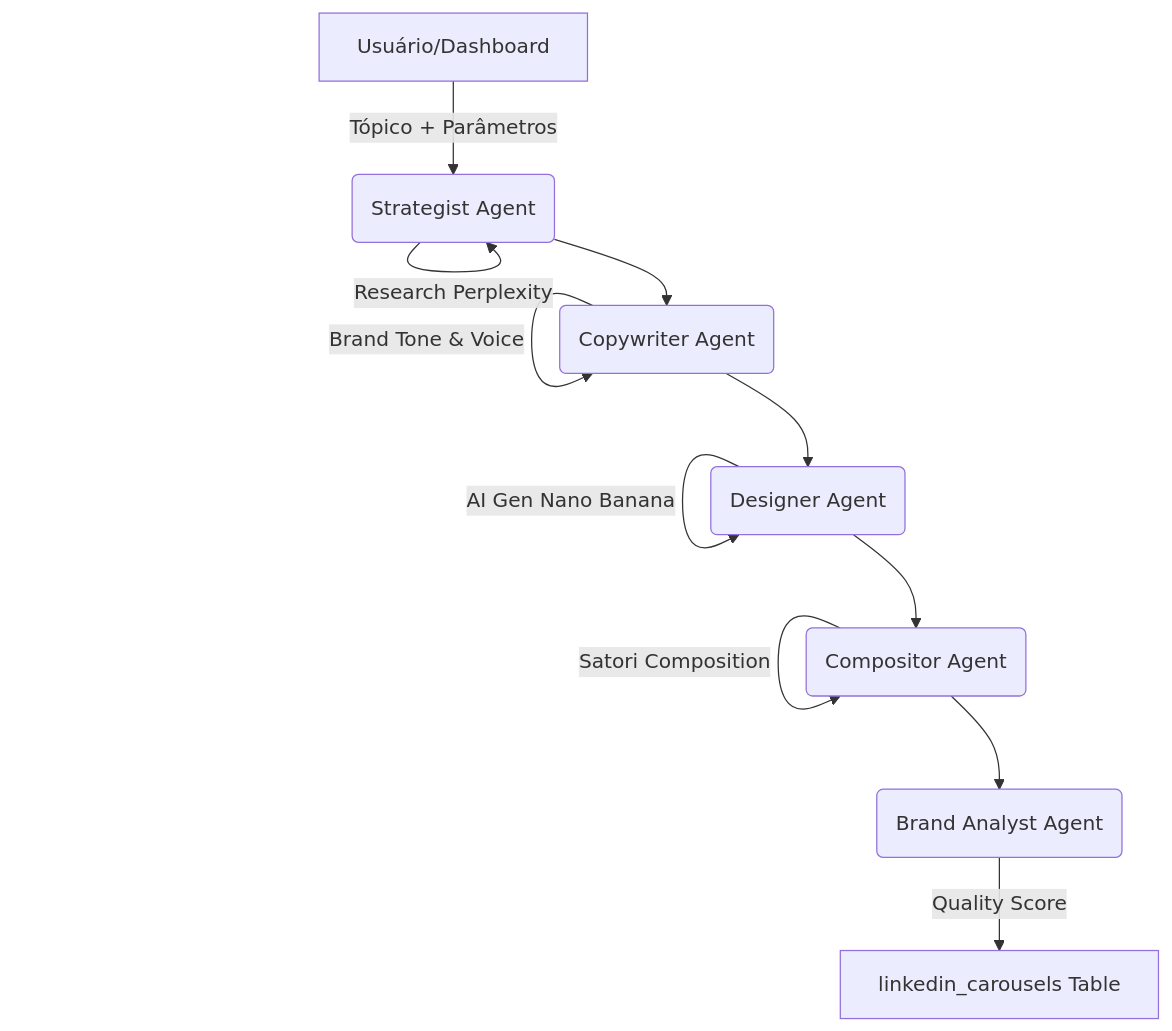
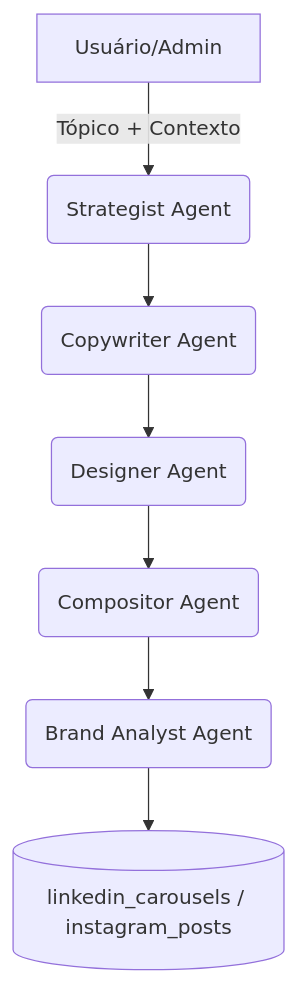
One commit to RafaellsAlmeida/lifetrek changed the diagram in docs/content-engine-guide.md. Above: the diagram before and after it, drawn with Mermaid. The commit also changed other lines of this file and 27 other files, not shown here.

````diff
--- a/docs/content-engine-guide.md
+++ b/docs/content-engine-guide.md
@@ -9,15 +7,9 @@
 ```mermaid
 graph TD
-    A[Usuário/Dashboard] -->|Tópico + Parâmetros| B(Strategist Agent)
-    B -->|RAG Knowledge Base| B
-    B -->|Research Perplexity| B
+    A[Usuário/Admin] -->|Tópico + Contexto| B(Strategist Agent)
     B --> C(Copywriter Agent)
-    C -->|Brand Tone & Voice| C
     C --> D(Designer Agent)
-    D -->|Asset RAG product_catalog| D
-    D -->|AI Gen Nano Banana| D
     D --> E(Compositor Agent)
-    E -->|Satori Composition| E
     E --> F(Brand Analyst Agent)
-    F -->|Quality Score| G[linkedin_carousels Table]
+    F --> G[(linkedin_carousels / instagram_posts)]
 ```
````
